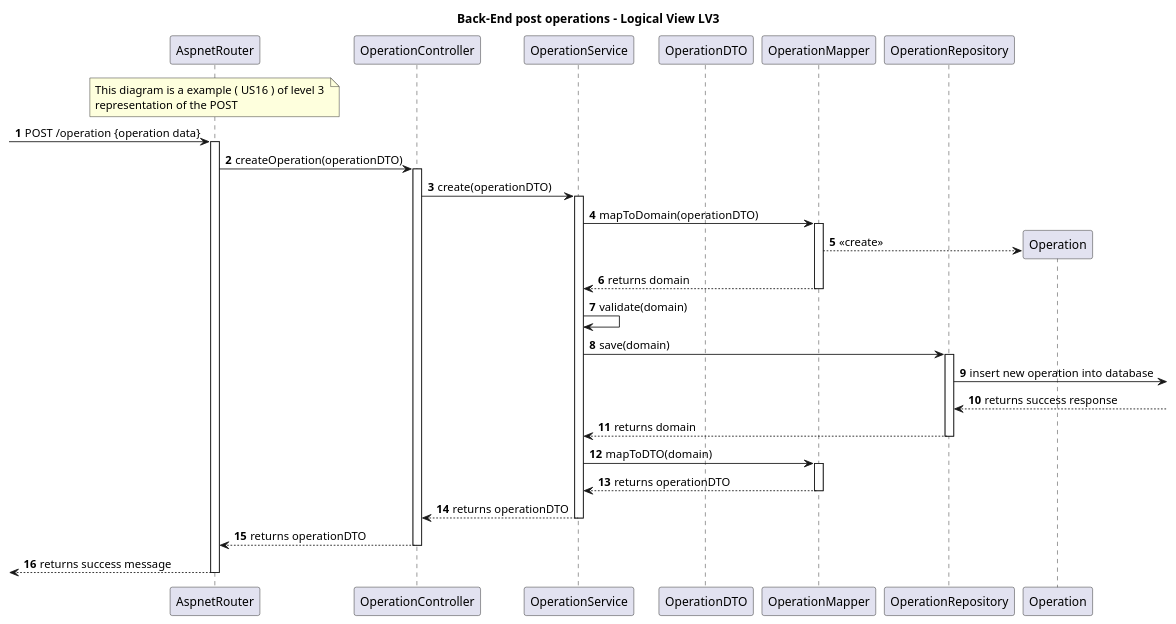
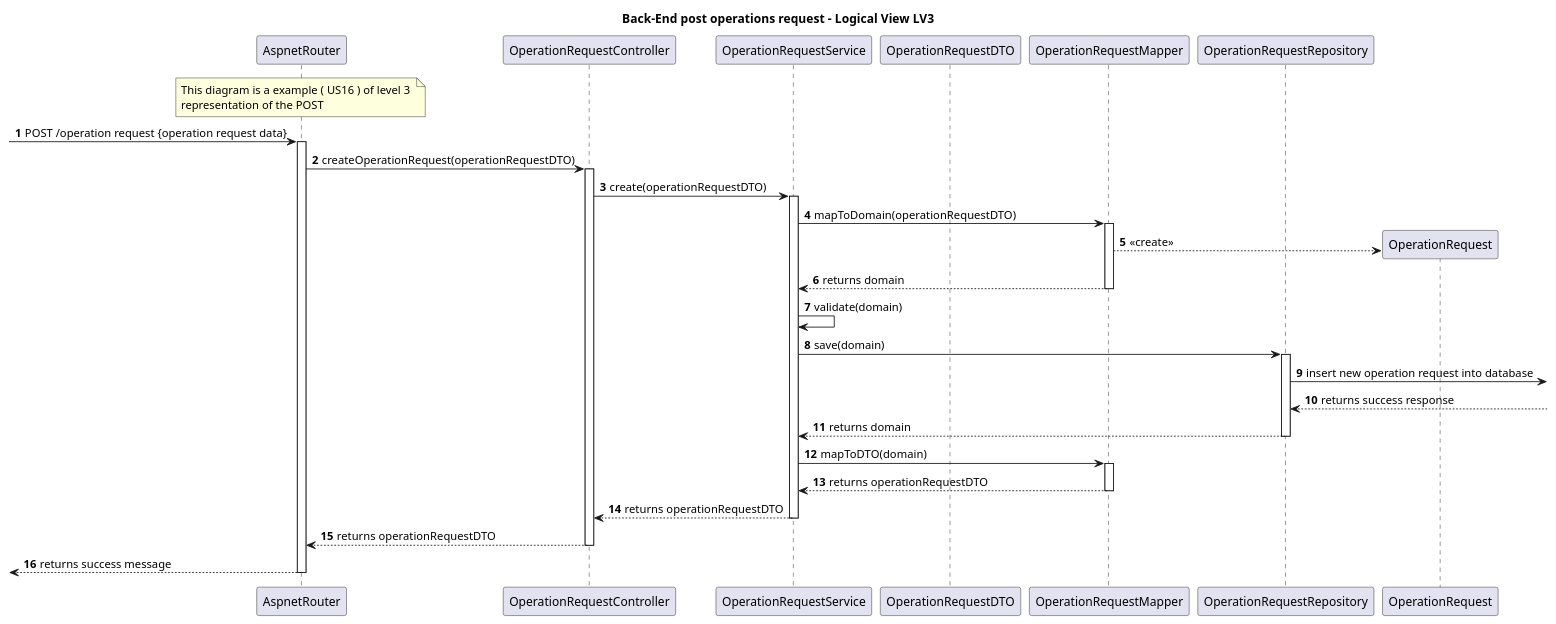
One commit to Saquinho74/LAPR5 changed the diagram in Docs/SprintA/global_artifacts/generic_POST/level3/postLevel3Example.puml. Above: the diagram before and after it, drawn with PlantUML. The commit also changed 3 other files, not shown here.

Commit message:
#16 Operation request documentation updated with correct names

```diff
--- a/Docs/SprintA/global_artifacts/generic_POST/level3/postLevel3Example.puml
+++ b/Docs/SprintA/global_artifacts/generic_POST/level3/postLevel3Example.puml
@@ -1,71 +1,71 @@
 @startuml
 autonumber
 skinparam packageStyle rect
 
-title Back-End post operations - Logical View LV3
+title Back-End post operations request - Logical View LV3
 
 participant AspnetRouter as router
-participant OperationController as ctrl
-participant OperationService as service
-participant OperationDTO as dto
-participant OperationMapper as mapper
-participant OperationRepository as repo
-participant Operation as domain
+participant OperationRequestController as ctrl
+participant OperationRequestService as service
+participant OperationRequestDTO as dto
+participant OperationRequestMapper as mapper
+participant OperationRequestRepository as repo
+participant OperationRequest as domain
 
 note over router
 This diagram is a example ( US16 ) of level 3 
 representation of the POST
 end note
 
 
--> router: POST /operation {operation data}
+-> router: POST /operation request {operation request data}
 activate router
 
-router -> ctrl: createOperation(operationDTO)
+router -> ctrl: createOperationRequest(operationRequestDTO)
 activate ctrl
 
-ctrl -> service: create(operationDTO)
+ctrl -> service: create(operationRequestDTO)
 activate service
 
-service -> mapper: mapToDomain(operationDTO)
+service -> mapper: mapToDomain(operationRequestDTO)
 activate mapper
 
 mapper --> domain** : <<create>>
 mapper --> service : returns domain
 
 deactivate mapper
 service -> service: validate(domain)
 service -> repo: save(domain)
 
 activate repo
 
 
-repo -> : insert new operation into database
+repo -> : insert new operation request into database
 
 repo <-- : returns success response
 
 
 
 
 
 repo --> service : returns domain
 deactivate repo
 service -> mapper: mapToDTO(domain)
 activate mapper
-mapper --> service : returns operationDTO
+mapper --> service : returns operationRequestDTO
 deactivate mapper
-service --> ctrl : returns operationDTO
+service --> ctrl : returns operationRequestDTO
 
 deactivate service
-ctrl --> router : returns operationDTO
+ctrl --> router : returns operationRequestDTO
 
 deactivate ctrl
 
  <-- router  : returns success message
 
  deactivate router
 
 
 
 
 @enduml
```
